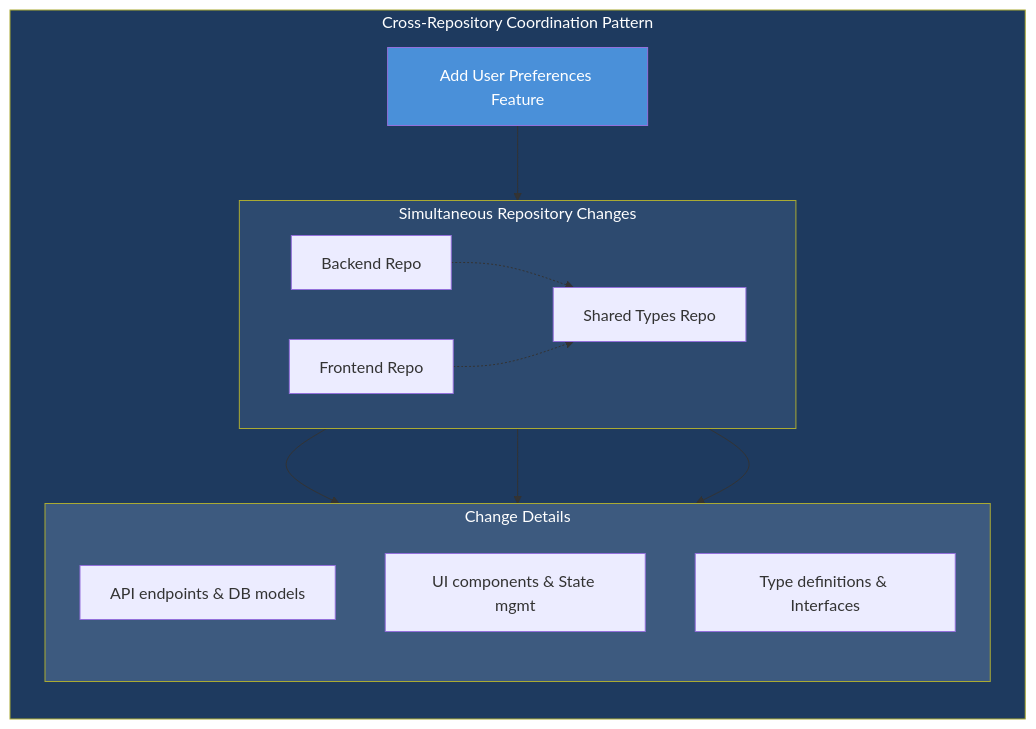
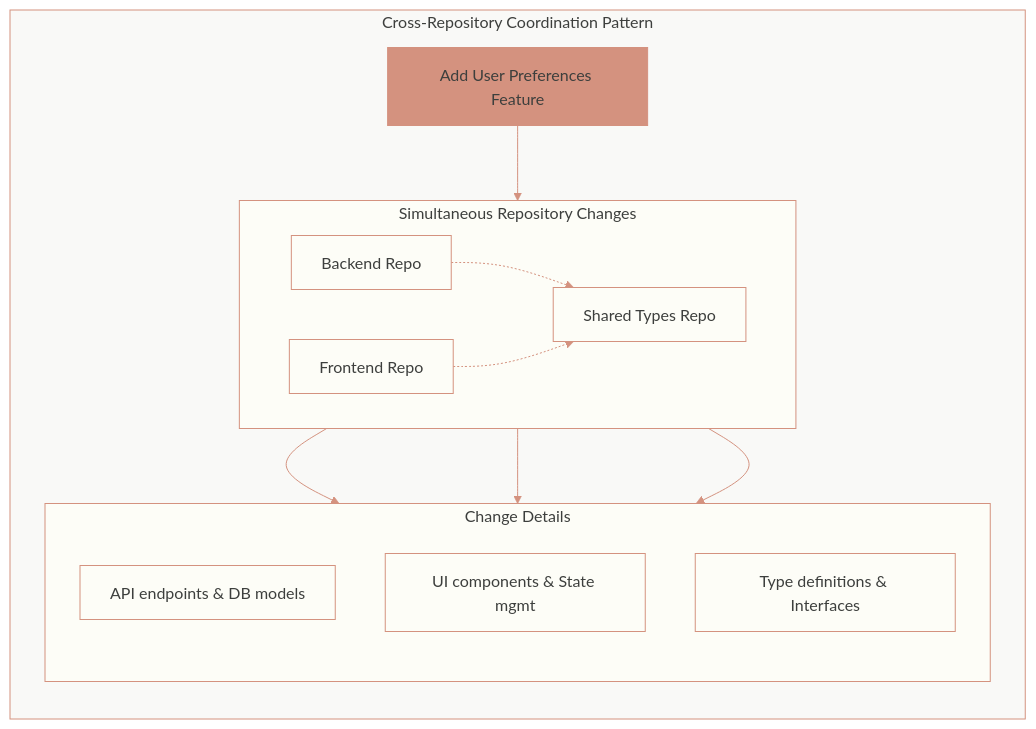
One commit to srikanth-paladugula/Learning changed the fourth of 5 diagrams in Agentic AI/ai-coding-agents-2026.md. Above: the diagram before and after it, drawn with Mermaid. The commit also changed other lines of this file, not shown here.

First line of the commit message:
Refactor mermaid diagrams and update links

````diff
--- a/Agentic AI/ai-coding-agents-2026.md
+++ b/Agentic AI/ai-coding-agents-2026.md
@@ -372,33 +376,34 @@
 ```mermaid
+%%{init: {"theme": "base", "themeVariables": {"background": "#f9f9f7", "primaryColor": "#fdfdf7", "primaryTextColor": "#3d3f3d", "primaryBorderColor": "#d4927f", "lineColor": "#d4927f", "secondaryColor": "#f9f9f7", "tertiaryColor": "#fdfdf7", "fontFamily": "Segoe UI, Arial, sans-serif"}}}%%
 flowchart LR
     subgraph CrossRepo["Cross-Repository Coordination Pattern"]
         direction TB
         Task["Add User Preferences Feature"]
         
         subgraph Repos["Simultaneous Repository Changes"]
             direction LR
             Backend["Backend Repo"]
             Frontend["Frontend Repo"]
             Shared["Shared Types Repo"]
         end
         
         subgraph Details["Change Details"]
             direction TB
             BD["API endpoints & DB models"]
             FD["UI components & State mgmt"]
             SD["Type definitions & Interfaces"]
         end
         
         Task --> Repos
         Backend --> BD
         Frontend --> FD
         Shared --> SD
         Backend -.-> Shared
         Frontend -.-> Shared
     end
     
-    style CrossRepo fill:#1e3a5f,color:#fff
-    style Repos fill:#2d4a6f,color:#fff
-    style Details fill:#3d5a7f,color:#fff
-    style Task fill:#4a90d9,color:#fff
+    style CrossRepo fill:#f9f9f7,stroke:#d4927f,color:#3d3f3d
+    style Repos fill:#fdfdf7,stroke:#d4927f,color:#3d3f3d
+    style Details fill:#fdfdf7,stroke:#d4927f,color:#3d3f3d
+    style Task fill:#d4927f,stroke:#d4927f,color:#3d3f3d
 ```
````
